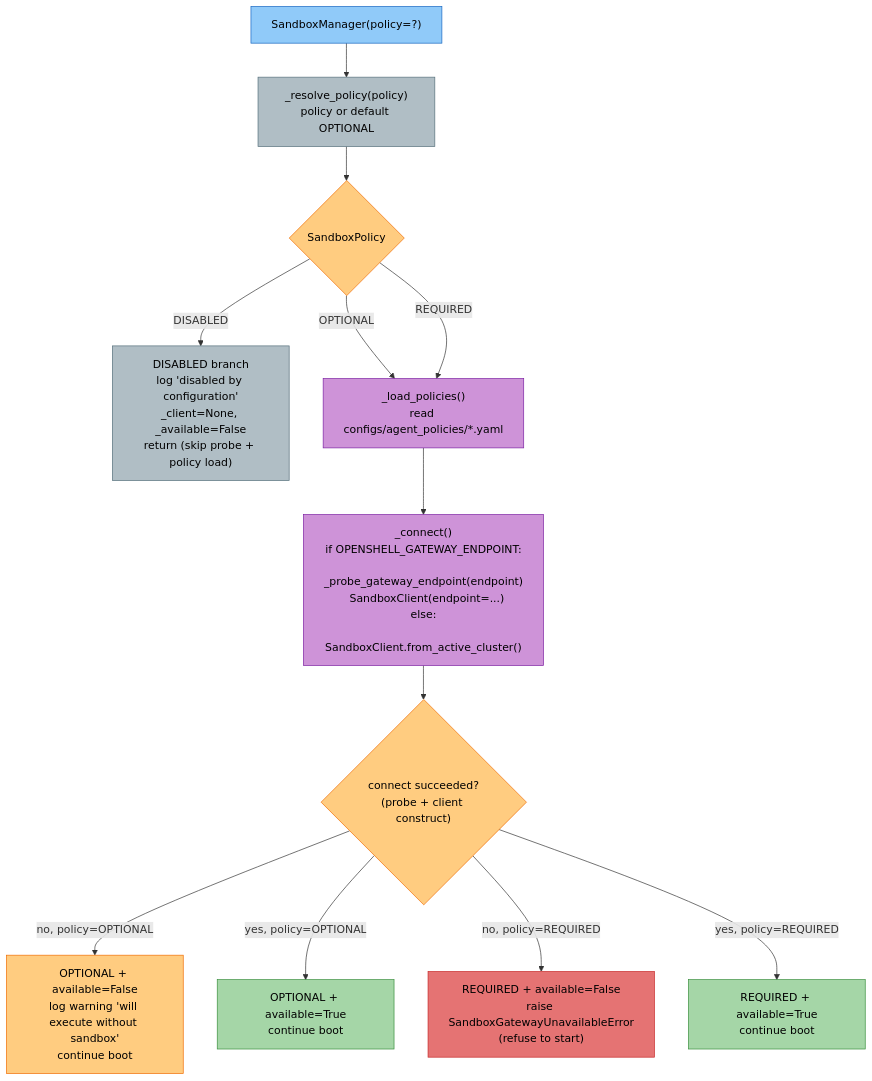
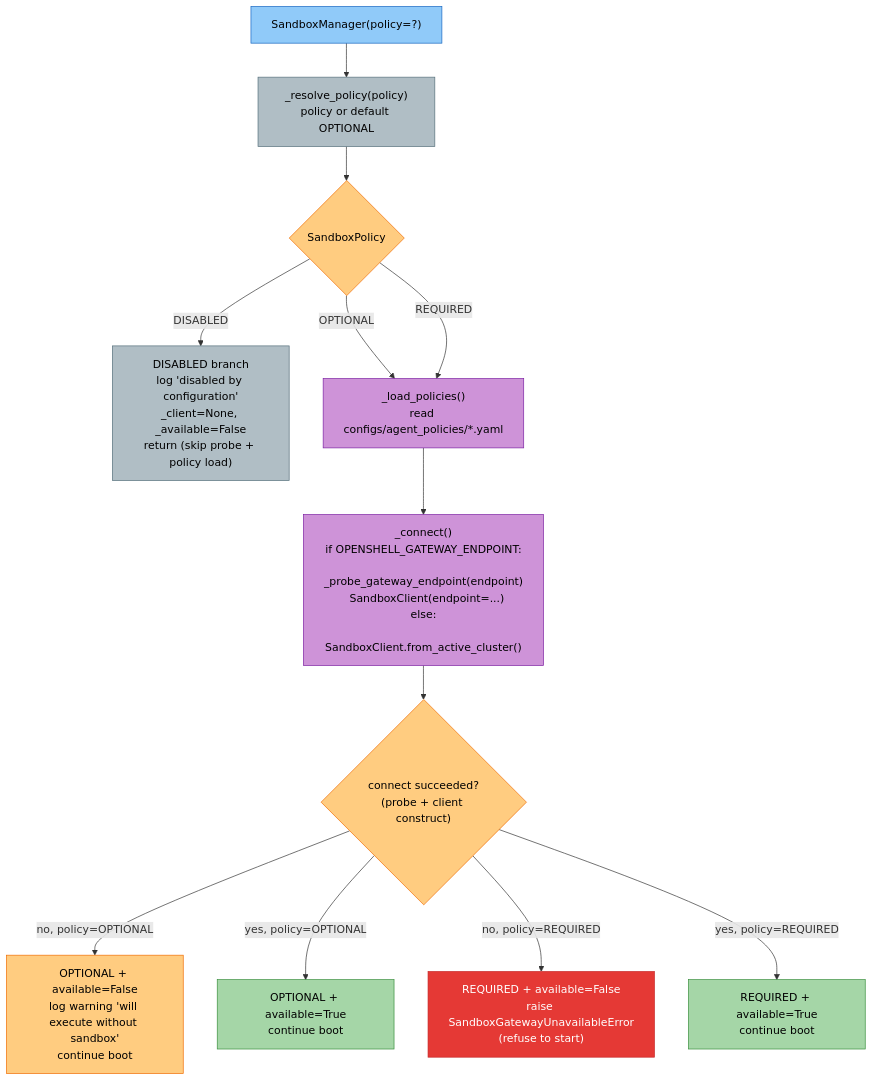
One commit to amit-jain/cogniverse changed the fifth of 8 diagrams in docs/diagrams/knowledge-system-diagrams.md. Above: the diagram before and after it, drawn with Mermaid. The commit also changed other lines of this file and 50 other files, not shown here.

First line of the commit message:
Complete and verify docs against code with mermaid palette

````diff
--- a/docs/diagrams/knowledge-system-diagrams.md
+++ b/docs/diagrams/knowledge-system-diagrams.md
@@ -277,40 +284,40 @@
 ```mermaid
 flowchart TD
     Init["<span style='color:#000'>SandboxManager(policy=?)</span>"]
     Resolve["<span style='color:#000'>_resolve_policy(policy)<br/>policy or default OPTIONAL</span>"]
 
     Decision{"<span style='color:#000'>SandboxPolicy</span>"}
 
     Disabled["<span style='color:#000'>DISABLED branch<br/>log 'disabled by configuration'<br/>_client=None, _available=False<br/>return (skip probe + policy load)</span>"]
 
     LoadPolicies["<span style='color:#000'>_load_policies()<br/>read configs/agent_policies/*.yaml</span>"]
     Connect["<span style='color:#000'>_connect()<br/>if OPENSHELL_GATEWAY_ENDPOINT:<br/>  _probe_gateway_endpoint(endpoint)<br/>  SandboxClient(endpoint=...)<br/>else:<br/>  SandboxClient.from_active_cluster()</span>"]
     Available{"<span style='color:#000'>connect succeeded?<br/>(probe + client construct)</span>"}
 
     Optional["<span style='color:#000'>OPTIONAL + available=False<br/>log warning 'will execute without sandbox'<br/>continue boot</span>"]
     OptionalOK["<span style='color:#000'>OPTIONAL + available=True<br/>continue boot</span>"]
-    Required["<span style='color:#000'>REQUIRED + available=False<br/>raise SandboxGatewayUnavailableError<br/>(refuse to start)</span>"]
+    Required["<span style='color:#fff'>REQUIRED + available=False<br/>raise SandboxGatewayUnavailableError<br/>(refuse to start)</span>"]
     RequiredOK["<span style='color:#000'>REQUIRED + available=True<br/>continue boot</span>"]
 
     Init --> Resolve --> Decision
     Decision -->|DISABLED| Disabled
     Decision -->|OPTIONAL| LoadPolicies
     Decision -->|REQUIRED| LoadPolicies
     LoadPolicies --> Connect --> Available
     Available -->|no, policy=OPTIONAL| Optional
     Available -->|yes, policy=OPTIONAL| OptionalOK
     Available -->|no, policy=REQUIRED| Required
     Available -->|yes, policy=REQUIRED| RequiredOK
 
     style Init fill:#90caf9,stroke:#1565c0,color:#000
     style Resolve fill:#b0bec5,stroke:#546e7a,color:#000
     style Decision fill:#ffcc80,stroke:#ef6c00,color:#000
     style Disabled fill:#b0bec5,stroke:#546e7a,color:#000
     style LoadPolicies fill:#ce93d8,stroke:#7b1fa2,color:#000
     style Connect fill:#ce93d8,stroke:#7b1fa2,color:#000
     style Available fill:#ffcc80,stroke:#ef6c00,color:#000
     style Optional fill:#ffcc80,stroke:#ef6c00,color:#000
     style OptionalOK fill:#a5d6a7,stroke:#388e3c,color:#000
-    style Required fill:#e57373,stroke:#c62828,color:#000
+    style Required fill:#e53935,stroke:#c62828,color:#fff
     style RequiredOK fill:#a5d6a7,stroke:#388e3c,color:#000
 ```
````
